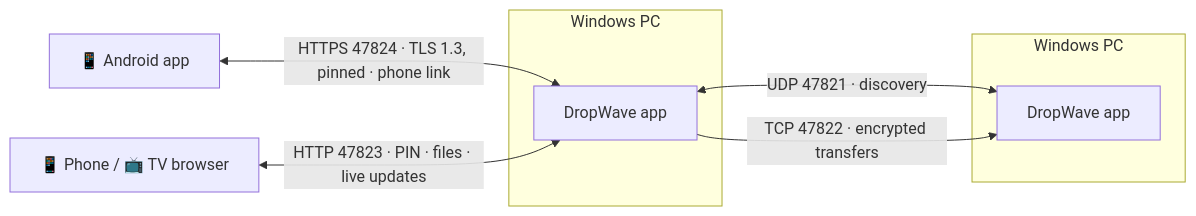
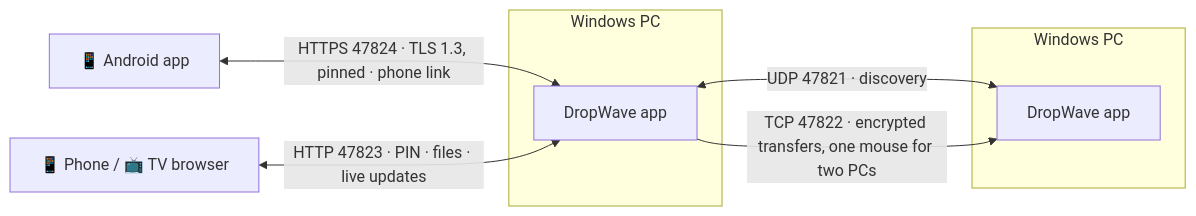
Before and after one commit to lalitaryan1993/dropwave: the diagram in README.md, drawn with Mermaid. The commit also changed other lines of this file and 11 other files, not shown here.

````diff
--- a/README.md
+++ b/README.md
@@ -190,15 +276,15 @@
 ```mermaid
 flowchart LR
   subgraph PC1[Windows PC]
     A[DropWave app]
   end
   subgraph PC2[Windows PC]
     B[DropWave app]
   end
   M[📱 Android app]
   P[📱 Phone / 📺 TV browser]
   A <-- "UDP 47821 · discovery" --> B
-  A -- "TCP 47822 · encrypted transfers" --> B
+  A -- "TCP 47822 · encrypted transfers, one mouse for two PCs" --> B
   M <-- "HTTPS 47824 · TLS 1.3, pinned · phone link" --> A
   P <-- "HTTP 47823 · PIN · files · live updates" --> A
 ```
````
